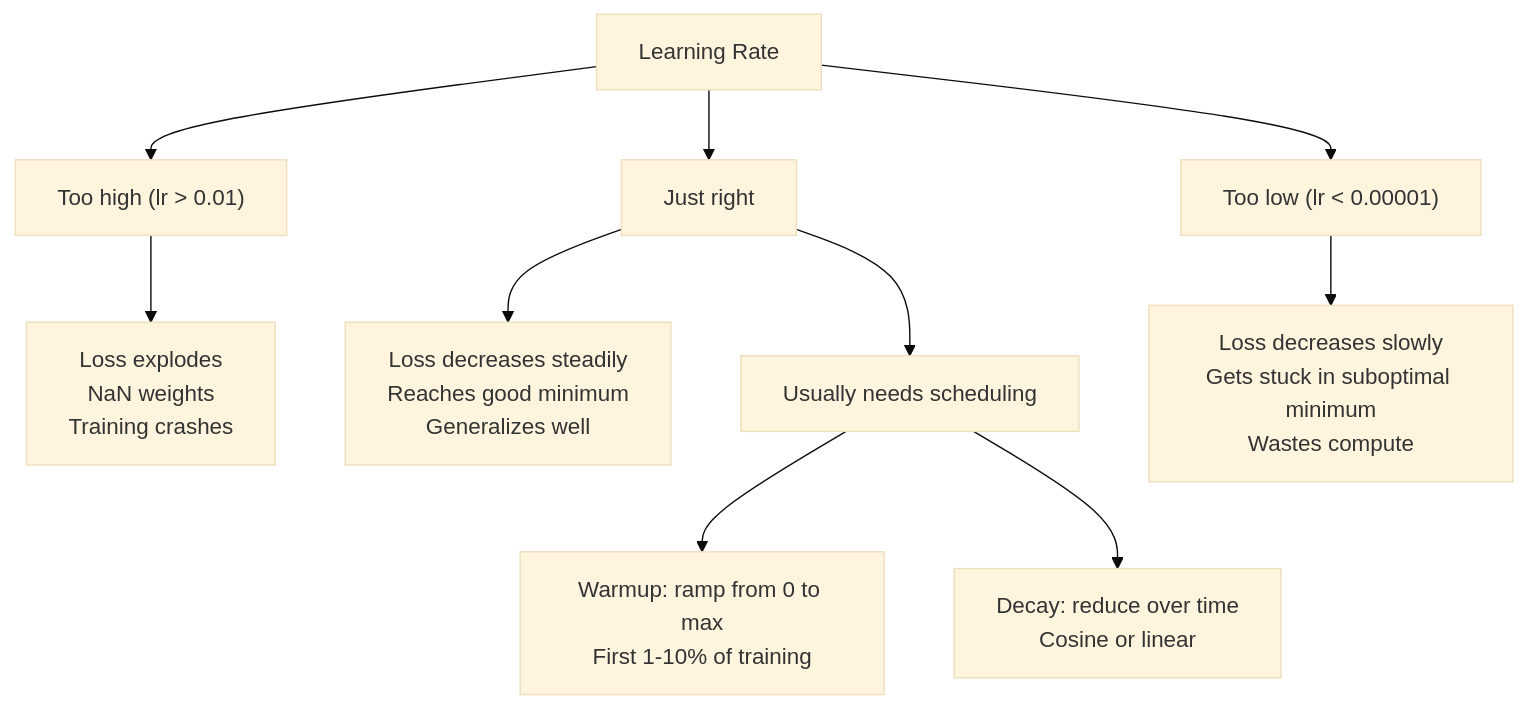
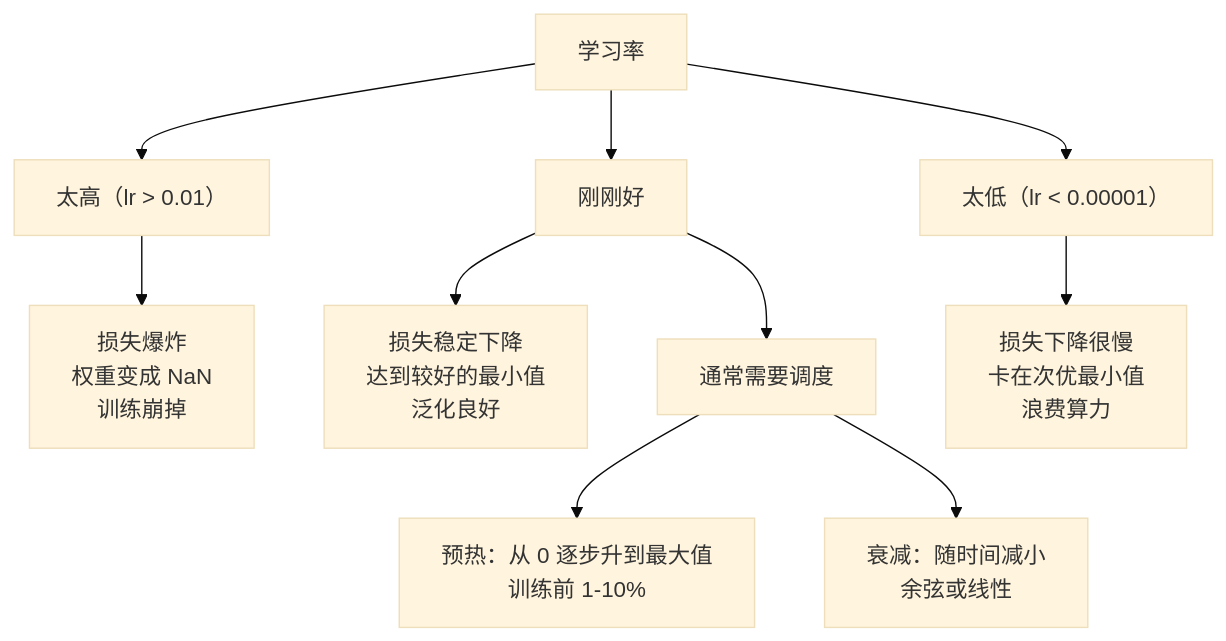
One commit to omigaZen/ai-engineering-from-scratch changed the first of 3 diagrams in phases/03-deep-learning-core/06-optimizers/docs/zh.md. Above: the diagram before and after it, drawn with Mermaid (base theme). The commit also changed other lines of this file, not shown here.

Commit message:
feat(phase-03/06): refine zh optimizers wording

````diff
--- a/phases/03-deep-learning-core/06-optimizers/docs/zh.md
+++ b/phases/03-deep-learning-core/06-optimizers/docs/zh.md
@@ -113,14 +113,14 @@
 ```mermaid
 graph TD
-    LR["Learning Rate"] --> TooHigh["Too high (lr > 0.01)"]
-    LR --> JustRight["Just right"]
-    LR --> TooLow["Too low (lr < 0.00001)"]
+    LR["学习率"] --> TooHigh["太高（lr > 0.01）"]
+    LR --> JustRight["刚刚好"]
+    LR --> TooLow["太低（lr < 0.00001）"]
 
-    TooHigh --> Diverge["Loss explodes<br/>NaN weights<br/>Training crashes"]
-    JustRight --> Converge["Loss decreases steadily<br/>Reaches good minimum<br/>Generalizes well"]
-    TooLow --> Stall["Loss decreases slowly<br/>Gets stuck in suboptimal minimum<br/>Wastes compute"]
+    TooHigh --> Diverge["损失爆炸<br/>权重变成 NaN<br/>训练崩掉"]
+    JustRight --> Converge["损失稳定下降<br/>达到较好的最小值<br/>泛化良好"]
+    TooLow --> Stall["损失下降很慢<br/>卡在次优最小值<br/>浪费算力"]
 
-    JustRight --> Schedule["Usually needs scheduling"]
-    Schedule --> Warmup["Warmup: ramp from 0 to max<br/>First 1-10% of training"]
-    Schedule --> Decay["Decay: reduce over time<br/>Cosine or linear"]
+    JustRight --> Schedule["通常需要调度"]
+    Schedule --> Warmup["预热：从 0 逐步升到最大值<br/>训练前 1-10%"]
+    Schedule --> Decay["衰减：随时间减小<br/>余弦或线性"]
 ```
````
